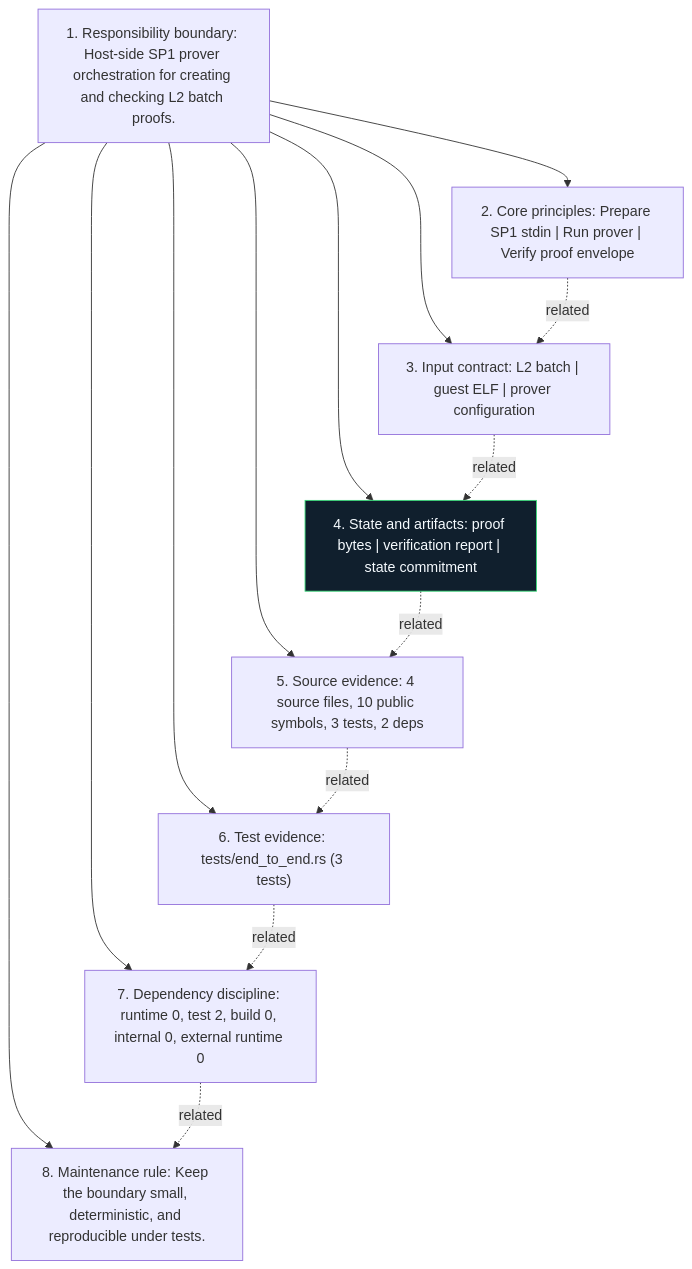
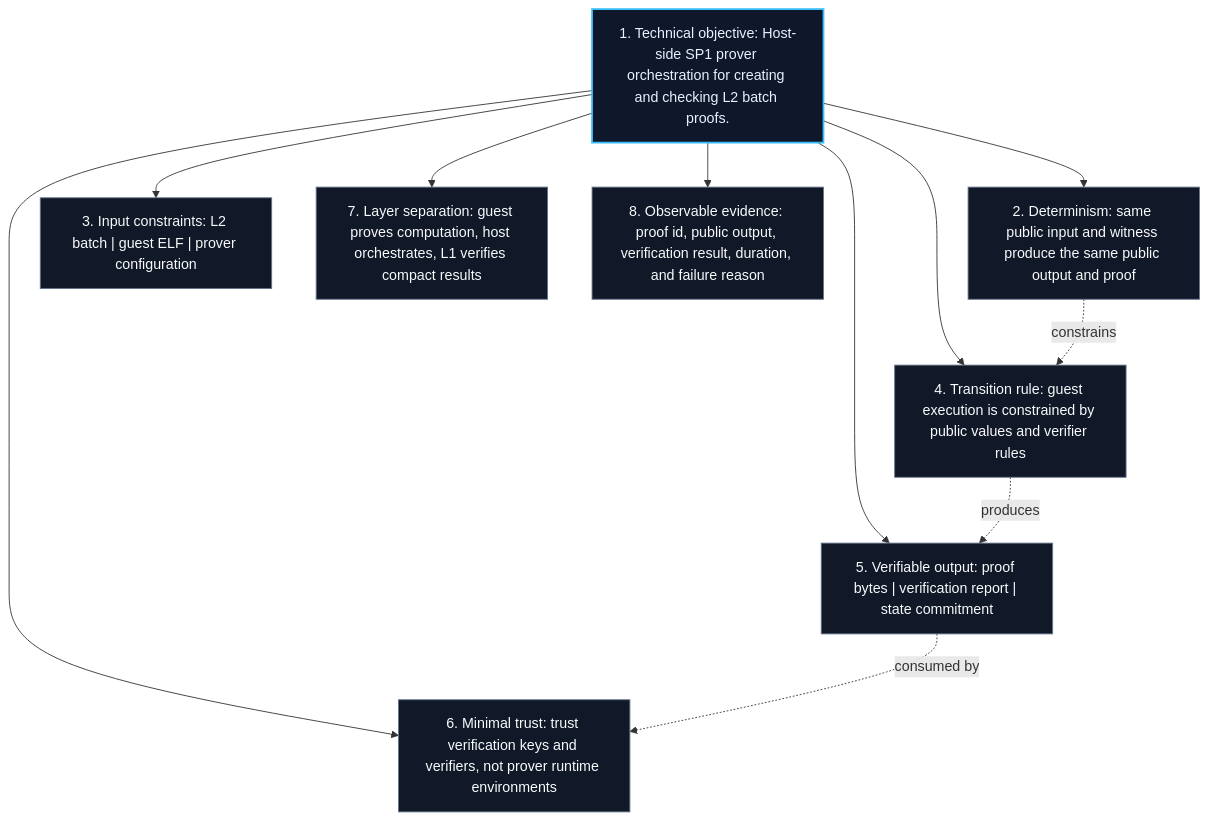
Before and after one commit to r3e-network/neo-n4: the diagram in bridge/neo-zkvm-host/docs/figures/principles.mmd, drawn with Mermaid. The commit also changed 515 other files, not shown here.

Commit message:
Replace crate diagrams with technical views

```diff
--- a/bridge/neo-zkvm-host/docs/figures/principles.mmd
+++ b/bridge/neo-zkvm-host/docs/figures/principles.mmd
@@ -1,24 +1,23 @@
 flowchart TB
-    N1["1. Responsibility boundary: Host-side SP1 prover orchestration for creating and checking L2 batch proofs."]
-    N2["2. Core principles: Prepare SP1 stdin | Run prover | Verify proof envelope"]
-    N3["3. Input contract: L2 batch | guest ELF | prover configuration"]
-    N4["4. State and artifacts: proof bytes | verification report | state commitment"]
-    N5["5. Source evidence: 4 source files, 10 public symbols, 3 tests, 2 deps"]
-    N6["6. Test evidence: tests/end_to_end.rs (3 tests)"]
-    N7["7. Dependency discipline: runtime 0, test 2, build 0, internal 0, external runtime 0"]
-    N8["8. Maintenance rule: Keep the boundary small, deterministic, and reproducible under tests."]
+    N1["1. Technical objective: Host-side SP1 prover orchestration for creating and checking L2 batch proofs."]
+    N2["2. Determinism: same public input and witness produce the same public output and proof"]
+    N3["3. Input constraints: L2 batch | guest ELF | prover configuration"]
+    N4["4. Transition rule: guest execution is constrained by public values and verifier rules"]
+    N5["5. Verifiable output: proof bytes | verification report | state commitment"]
+    N6["6. Minimal trust: trust verification keys and verifiers, not prover runtime environments"]
+    N7["7. Layer separation: guest proves computation, host orchestrates, L1 verifies compact results"]
+    N8["8. Observable evidence: proof id, public output, verification result, duration, and failure reason"]
     N1 --> N2
     N1 --> N3
     N1 --> N4
     N1 --> N5
     N1 --> N6
     N1 --> N7
     N1 --> N8
-    N2 -. related .-> N3
-    N3 -. related .-> N4
-    N4 -. related .-> N5
-    N5 -. related .-> N6
-    N6 -. related .-> N7
-    N7 -. related .-> N8
-    classDef crate fill:#101f2d,stroke:#38d978,color:#f6fbff
-    class N4 crate
+    N2 -. constrains .-> N4
+    N4 -. produces .-> N5
+    N5 -. consumed by .-> N6
+    classDef core fill:#0f172a,stroke:#38bdf8,color:#e5f2ff,stroke-width:2px;
+    classDef support fill:#111827,stroke:#64748b,color:#f8fafc;
+    class N1 core;
+    class N2,N3,N4,N5,N6,N7,N8 support;
```
